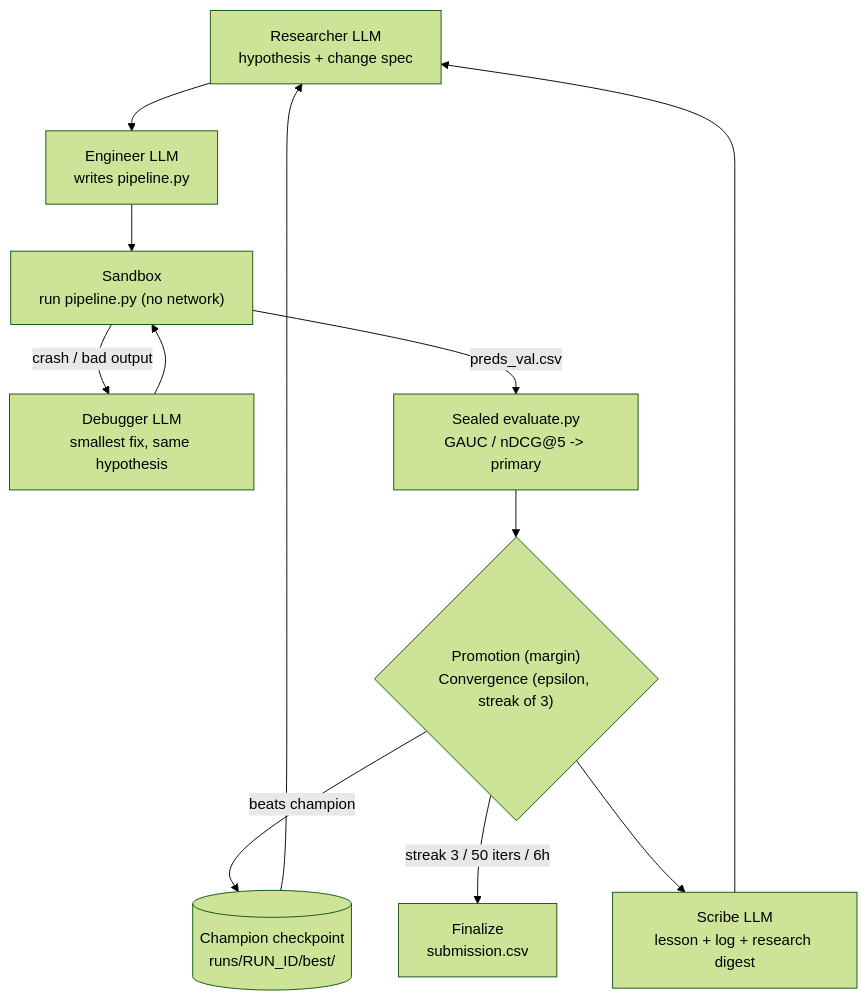
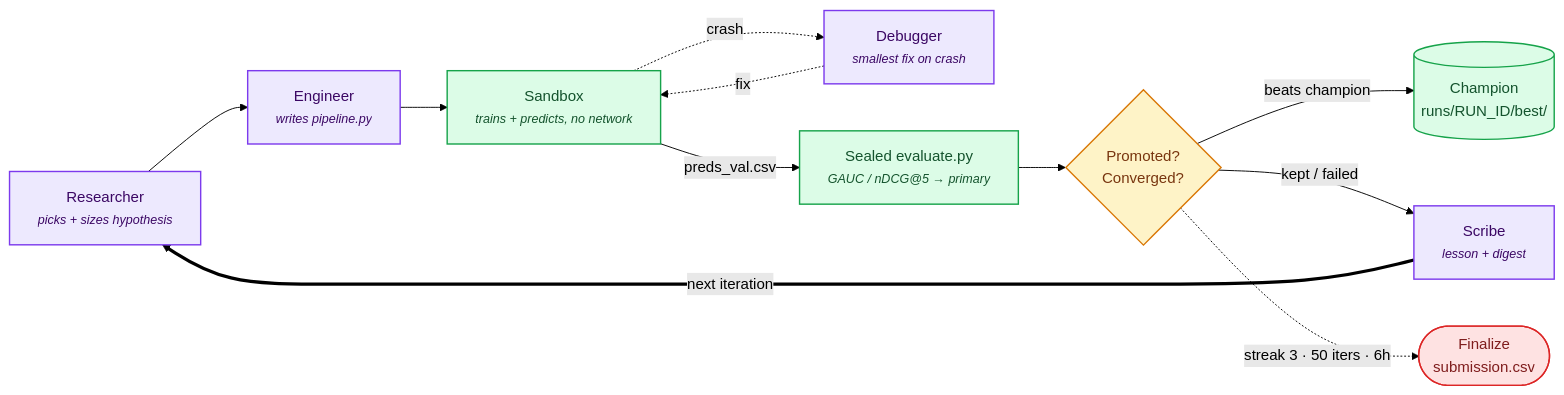
The diagram in README.md (chermaxne/kuairand-research-agent), drawn with Mermaid (forest theme) before and after one commit. The commit also changed other lines of this file, not shown here.

Commit message:
README: redesign the architecture diagram — it rendered badly
The subgraph + multiple-loop-back version auto-laid-out terribly (harness
subgraph flipped above the LLM-roles subgraph, four parallel lines crossing
the subgraph boundary). Rendered both versions locally with mermaid-cli to
compare before choosing: a flat left-to-right pipeline with a single
loop-back edge (Scribe -> Researcher) and a small local Debugger retry loop,
color-coded by node type (LLM role / harness / gate / terminal). Confirmed
clean layout in the rendered PNG.

````diff
--- a/README.md
+++ b/README.md
@@ -12,14 +12,29 @@
 ```mermaid
-flowchart TD
-    R["Researcher LLM<br/>hypothesis + change spec"] --> E["Engineer LLM<br/>writes pipeline.py"]
-    E --> BOX["Sandbox<br/>run pipeline.py (no network)"]
-    BOX -- "crash / bad output" --> D["Debugger LLM<br/>smallest fix, same hypothesis"]
-    D --> BOX
-    BOX -- "preds_val.csv" --> SEAL["Sealed evaluate.py<br/>GAUC / nDCG@5 -> primary"]
-    SEAL --> DEC{"Promotion (margin)<br/>Convergence (epsilon, streak of 3)"}
-    DEC -- "beats champion" --> CHAMP[("Champion checkpoint<br/>runs/RUN_ID/best/")]
-    DEC -- "streak 3 / 50 iters / 6h" --> FIN["Finalize<br/>submission.csv"]
-    CHAMP --> R
-    DEC --> SCRIBE["Scribe LLM<br/>lesson + log + research digest"]
-    SCRIBE --> R
+flowchart LR
+    RES["Researcher<br/><small><i>picks + sizes hypothesis</i></small>"]
+    ENG["Engineer<br/><small><i>writes pipeline.py</i></small>"]
+    SBX["Sandbox<br/><small><i>trains + predicts, no network</i></small>"]
+    DBG["Debugger<br/><small><i>smallest fix on crash</i></small>"]
+    EVAL["Sealed evaluate.py<br/><small><i>GAUC / nDCG@5 → primary</i></small>"]
+    GATE{"Promoted?\nConverged?"}
+    CKPT[("Champion<br/>runs/RUN_ID/best/")]
+    SCR["Scribe<br/><small><i>lesson + digest</i></small>"]
+    FIN(["Finalize<br/>submission.csv"])
+
+    RES --> ENG --> SBX
+    SBX -. "crash" .-> DBG -. "fix" .-> SBX
+    SBX -- "preds_val.csv" --> EVAL --> GATE
+    GATE -- "beats champion" --> CKPT
+    GATE -- "kept / failed" --> SCR
+    GATE -. "streak 3 · 50 iters · 6h" .-> FIN
+    SCR ==>|"next iteration"| RES
+
+    classDef llm fill:#EDE9FE,stroke:#7C3AED,stroke-width:1.5px,color:#3B0764
+    classDef harness fill:#DCFCE7,stroke:#16A34A,stroke-width:1.5px,color:#14532D
+    classDef gate fill:#FEF3C7,stroke:#D97706,stroke-width:1.5px,color:#78350F
+    classDef term fill:#FEE2E2,stroke:#DC2626,stroke-width:1.5px,color:#7F1D1D
+    class RES,ENG,DBG,SCR llm
+    class SBX,EVAL,CKPT harness
+    class GATE gate
+    class FIN term
 ```
````
